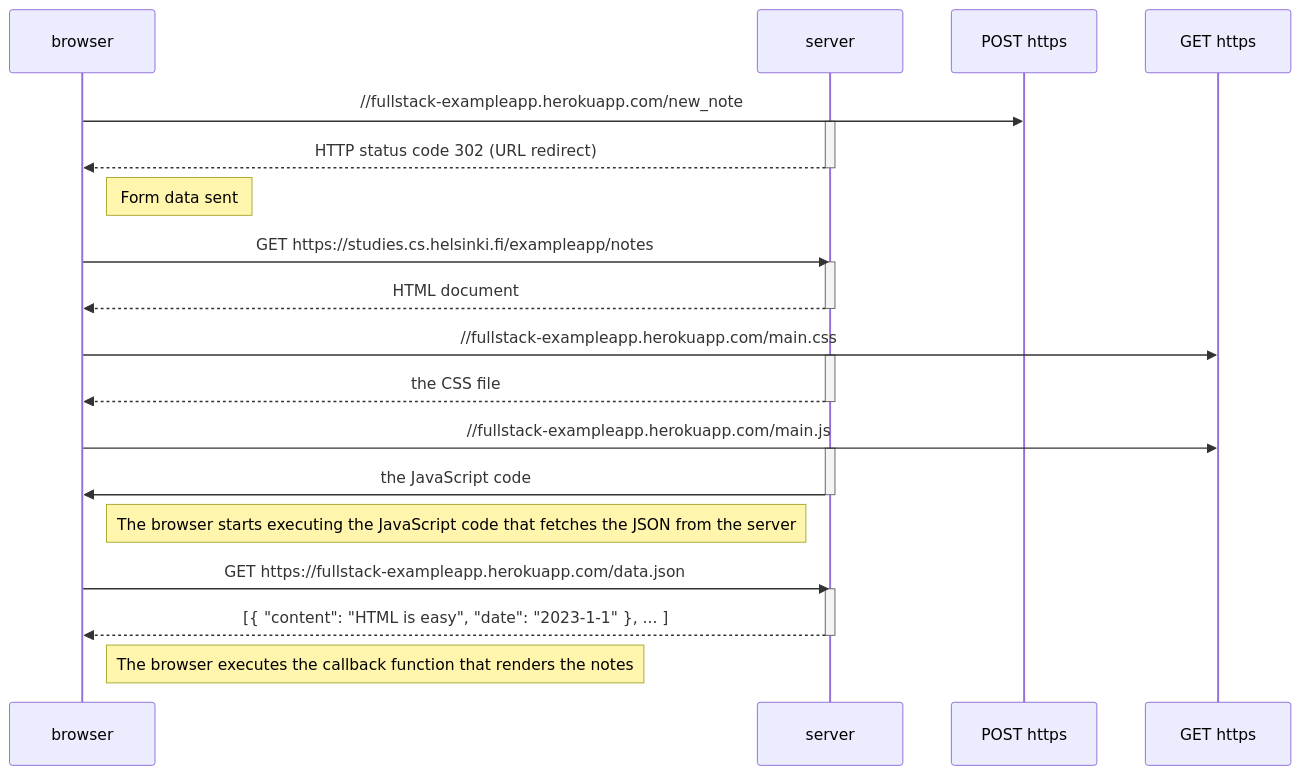
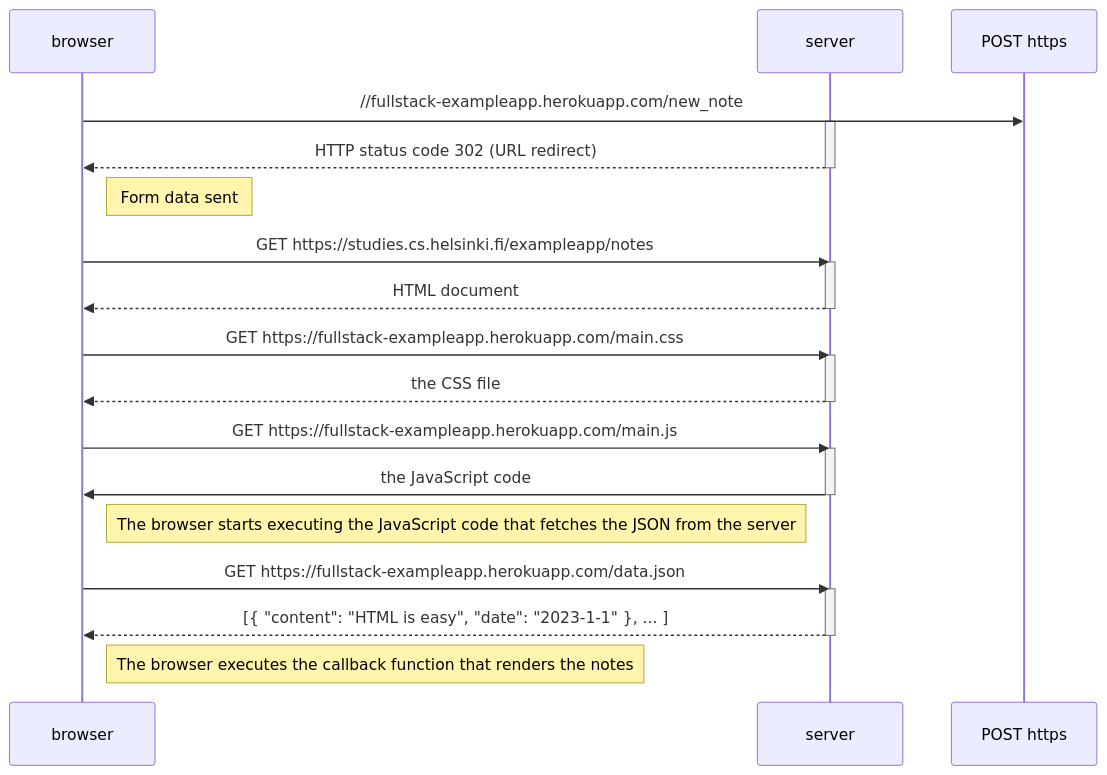
Before and after one commit to hannah-pixel/FullStackOpen: the diagram in Unit0/ex4.mermaid, drawn with Mermaid.

```diff
--- a/Unit0/ex4.mermaid
+++ b/Unit0/ex4.mermaid
@@ -1,34 +1,34 @@
 sequenceDiagram 
     participant browser 
     participant server 
 
     browser->>POST https://fullstack-exampleapp.herokuapp.com/new_note
     activate server 
     server-->>browser: HTTP status code 302 (URL redirect)
     deactivate server 
 
     Note right of browser: Form data sent
 
     browser->>server: GET https://studies.cs.helsinki.fi/exampleapp/notes
     activate server
     server-->>browser: HTML document
     deactivate server
 
-    browser->>GET https://fullstack-exampleapp.herokuapp.com/main.css
+    browser->>server: GET https://fullstack-exampleapp.herokuapp.com/main.css
     activate server 
     server-->>browser: the CSS file
     deactivate server
 
-    browser->>GET https://fullstack-exampleapp.herokuapp.com/main.js
+    browser->>server: GET https://fullstack-exampleapp.herokuapp.com/main.js
     activate server
     server->>browser: the JavaScript code
     deactivate server 
 
     Note right of browser: The browser starts executing the JavaScript code that fetches the JSON from the server
 
     browser->>server: GET https://fullstack-exampleapp.herokuapp.com/data.json
     activate server
     server-->>browser: [{ "content": "HTML is easy", "date": "2023-1-1" }, ... ]
     deactivate server
 
     Note right of browser: The browser executes the callback function that renders the notes
```
